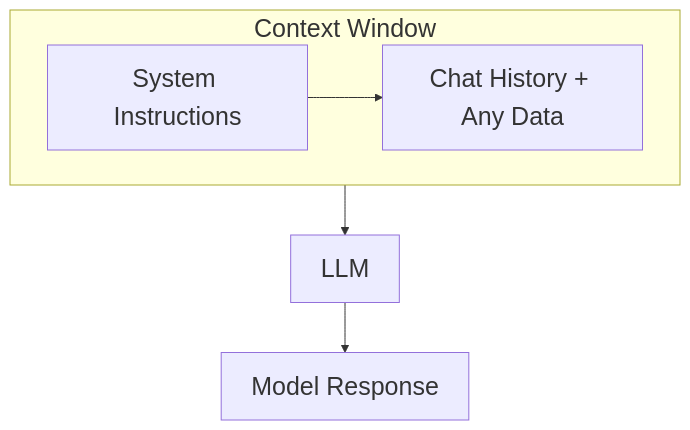
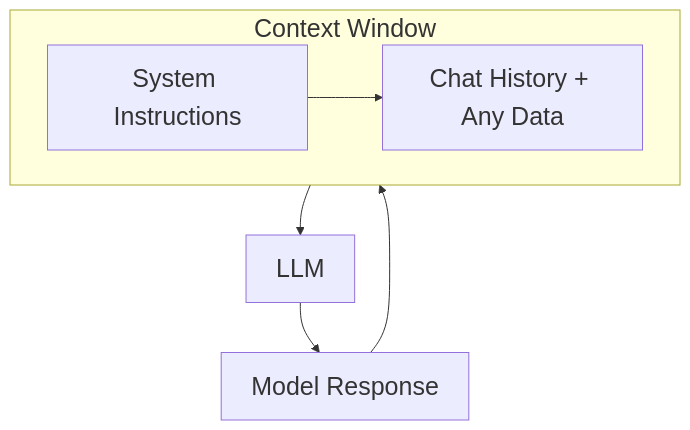
One commit to SGSSSonline/genai-guidance changed the second of 2 diagrams in slides.qmd. Above: the diagram before and after it, drawn with Mermaid. The commit also changed other lines of this file, not shown here.

````diff
--- a/slides.qmd
+++ b/slides.qmd
@@ -139,10 +139,11 @@
 ```{mermaid}
 %%{init: {"themeVariables": {"fontSize":"25px"}}}%%
 flowchart TD
   subgraph CW["Context Window"]
     A[System Instructions] --> B[Chat History + Any Data]
   end
 
  CW --> M[LLM]
  M --> R[Model Response]
+ R --> CW
 ```
````
